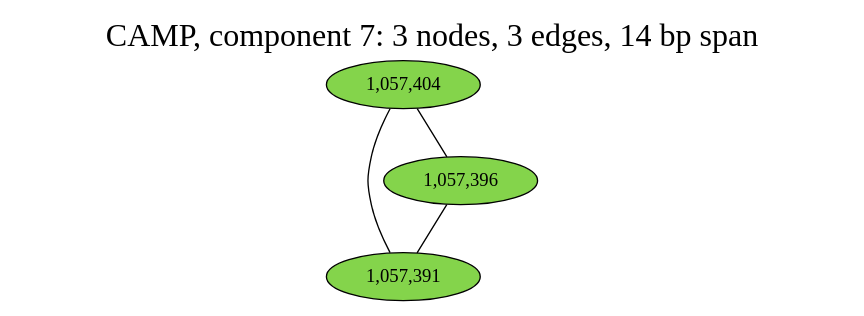
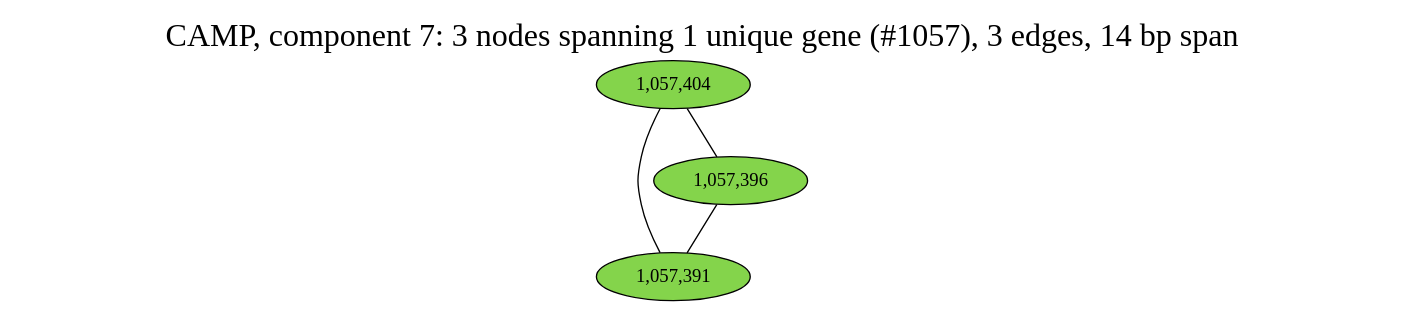
Before and after one commit to fedarko/sheepgut: the diagram in notebooks/graphs/CAMP_cc7.gv, drawn with Graphviz. The commit also changed 63 other files, not shown here.

Commit message:
gene info in graph labels!

```diff
--- a/notebooks/graphs/CAMP_cc7.gv
+++ b/notebooks/graphs/CAMP_cc7.gv
@@ -1,14 +1,14 @@
 graph CAMP_cc7 {
 	overlap="prism50";
 	outputorder="edgesfirst";
 	node [style="filled"];
-	label="CAMP, component 7: 3 nodes, 3 edges, 14 bp span";
+	label="CAMP, component 7: 3 nodes spanning 1 unique gene (#1057), 3 edges, 14 bp span";
 	labelloc="t";
 	fontsize=24;
 	"1,057,391" [fillcolor="#84d44b", fontcolor="#000000"];
 	"1,057,396" [fillcolor="#84d44b", fontcolor="#000000"];
 	"1,057,404" [fillcolor="#84d44b", fontcolor="#000000"];
 	"1,057,404" -- "1,057,391";
 	"1,057,404" -- "1,057,396";
 	"1,057,396" -- "1,057,391";
 }
```
